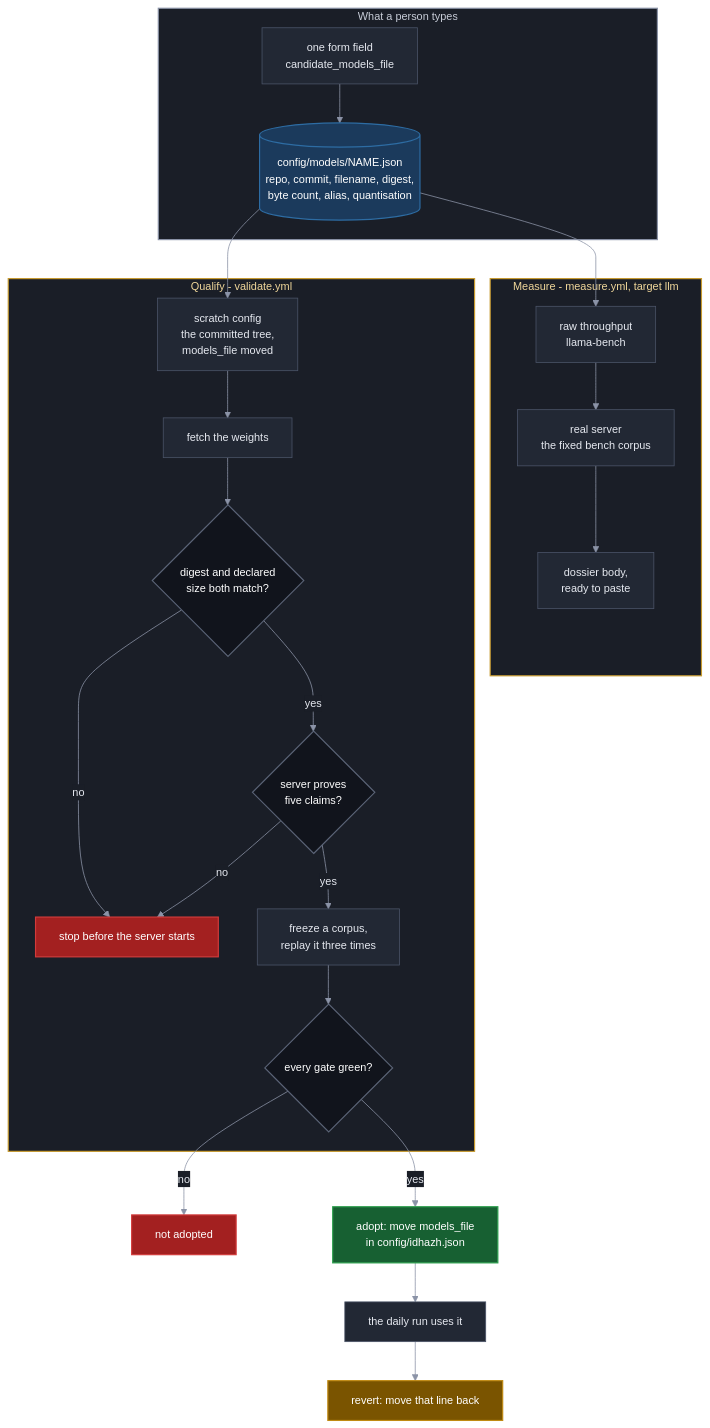
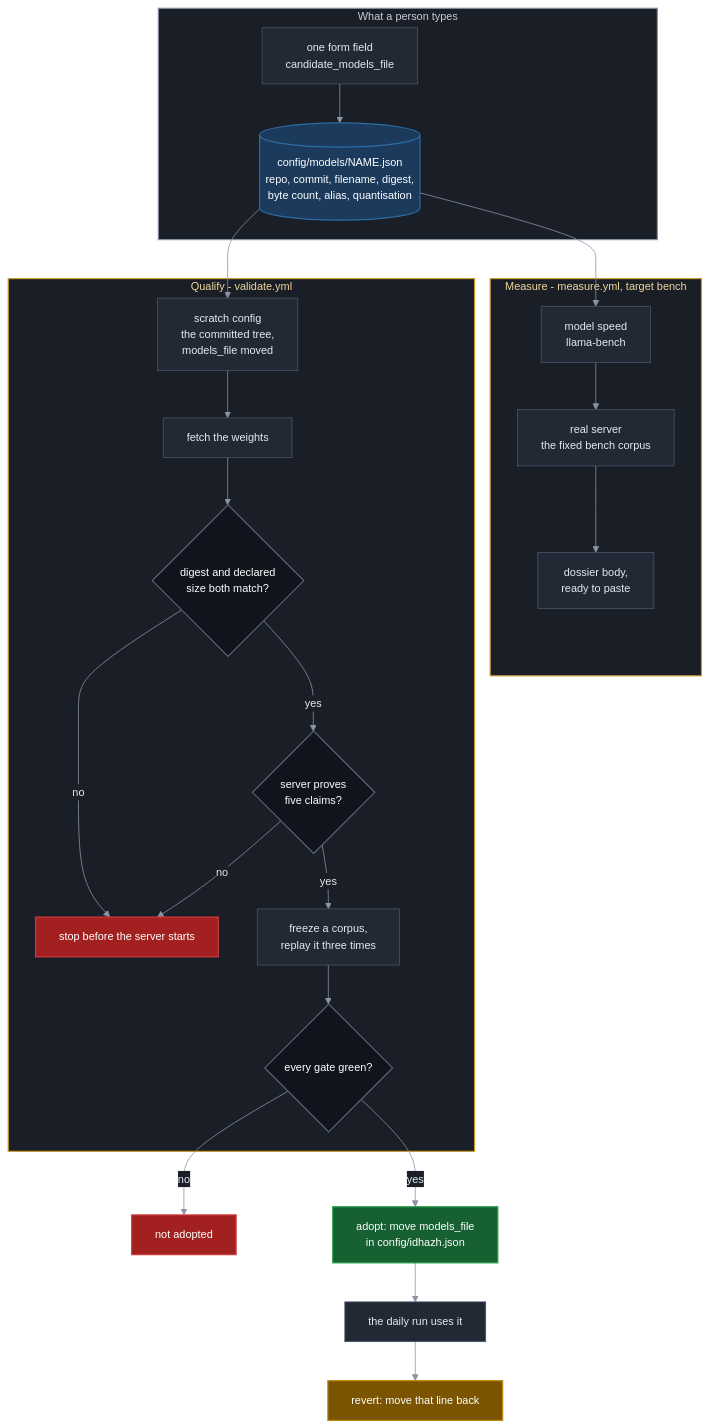
Before and after one commit to miztiik/yen-idhazh: the fourth of 4 diagrams in docs/reference/github-actions.md, drawn with Mermaid. The commit also changed other lines of this file and 6 other files, not shown here.

First line of the commit message:
Say llama-bench where the job is meant, and document the bypass

````diff
--- a/docs/reference/github-actions.md
+++ b/docs/reference/github-actions.md
@@ -529,47 +529,47 @@
 ```mermaid
 %%{init: {"theme": "base", "themeVariables": {"background": "#0f1117", "primaryColor": "#222834", "primaryTextColor": "#e6e9f0", "primaryBorderColor": "#4b5468", "lineColor": "#8b93a7", "textColor": "#e6e9f0", "clusterBkg": "#1a1e27", "clusterBorder": "#3a4254", "titleColor": "#e6e9f0", "edgeLabelBackground": "#1a1e27", "fontSize": "14px"}}}%%
 flowchart TB
  subgraph NAME["What a person types"]
   FORM["one form field<br/>candidate_models_file"] --> FILE[("config/models/NAME.json<br/>repo, commit, filename, digest,<br/>byte count, alias, quantisation")]
  end
 
- subgraph BENCH["Measure - measure.yml, target llm"]
-  FILE --> RAW["raw throughput<br/>llama-bench"]
+ subgraph BENCH["Measure - measure.yml, target bench"]
+  FILE --> RAW["model speed<br/>llama-bench"]
   RAW --> SERVER["real server<br/>the fixed bench corpus"]
   SERVER --> DOSSIER["dossier body,<br/>ready to paste"]
  end
 
  subgraph QUAL["Qualify - validate.yml"]
   FILE --> SCRATCH["scratch config<br/>the committed tree,<br/>models_file moved"]
   SCRATCH --> FETCH["fetch the weights"]
   FETCH --> IDENT{"digest and declared<br/>size both match?"}
   IDENT -->|"no"| STOP["stop before the server starts"]
   IDENT -->|"yes"| PROVE{"server proves<br/>five claims?"}
   PROVE -->|"no"| STOP
   PROVE -->|"yes"| REPLAY["freeze a corpus,<br/>replay it three times"]
   REPLAY --> GATES{"every gate green?"}
  end
 
  GATES -->|"no"| REJECT["not adopted"]
  GATES -->|"yes"| ADOPT["adopt: move models_file<br/>in config/idhazh.json"]
  ADOPT --> DAILY["the daily run uses it"]
  DAILY --> REVERT["revert: move that line back"]
 
  classDef stage fill:#222834,stroke:#4b5468,stroke-width:1px,color:#e6e9f0;
  classDef decision fill:#11141c,stroke:#5b6477,stroke-width:1.5px,color:#ffffff;
  classDef yes fill:#176032,stroke:#2ea04f,stroke-width:1.5px,color:#ffffff;
  classDef no fill:#a32020,stroke:#d23b3b,stroke-width:1.5px,color:#ffffff;
  classDef warn fill:#7a5400,stroke:#c08a12,stroke-width:1.5px,color:#ffffff;
  classDef store fill:#1b3a5c,stroke:#2d6ca3,stroke-width:1.5px,color:#ffffff;
  classDef sysEval fill:#1a1e27,stroke:#c79a2e,stroke-width:1.5px,color:#f0d79a;
  classDef sysOps fill:#1a1e27,stroke:#8b93a7,stroke-width:1.5px,color:#c8cdd8;
 
  class FORM,RAW,SERVER,DOSSIER,SCRATCH,FETCH,REPLAY,DAILY stage;
  class IDENT,PROVE,GATES decision;
  class FILE store;
  class ADOPT yes;
  class STOP,REJECT no;
  class REVERT warn;
  class NAME sysOps;
  class BENCH,QUAL sysEval;
 ```
````
